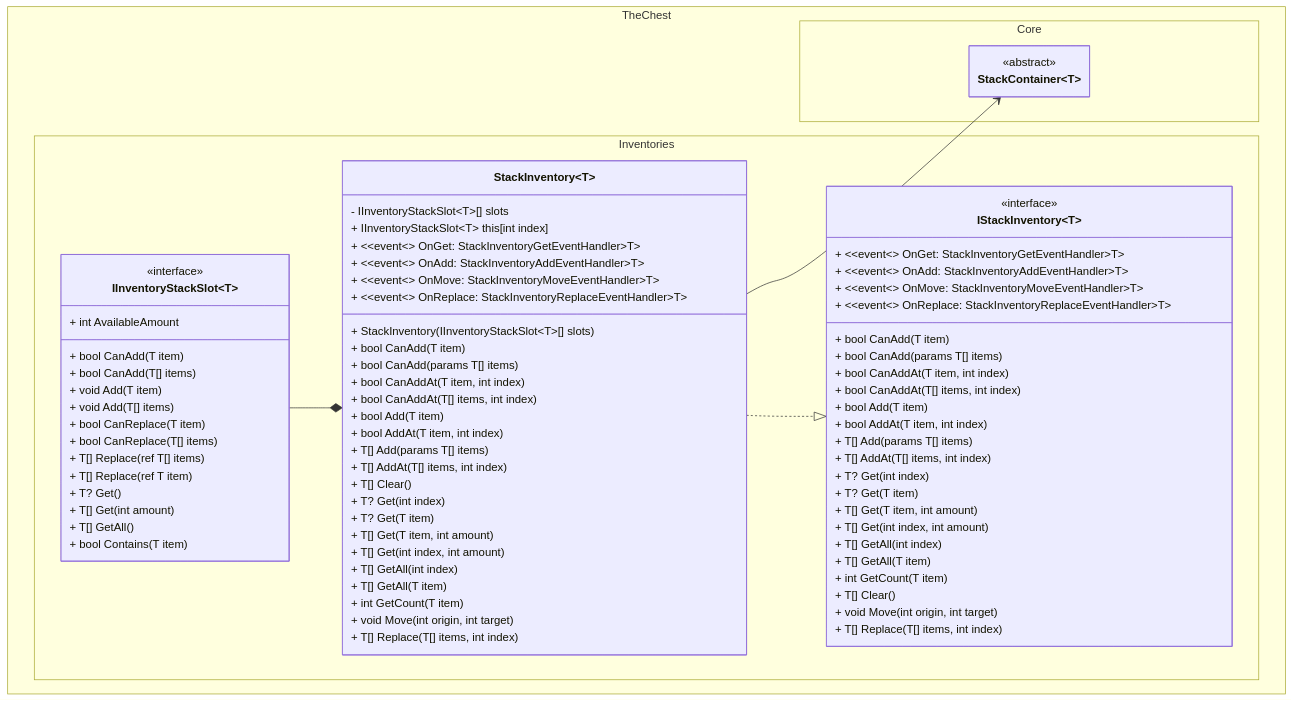
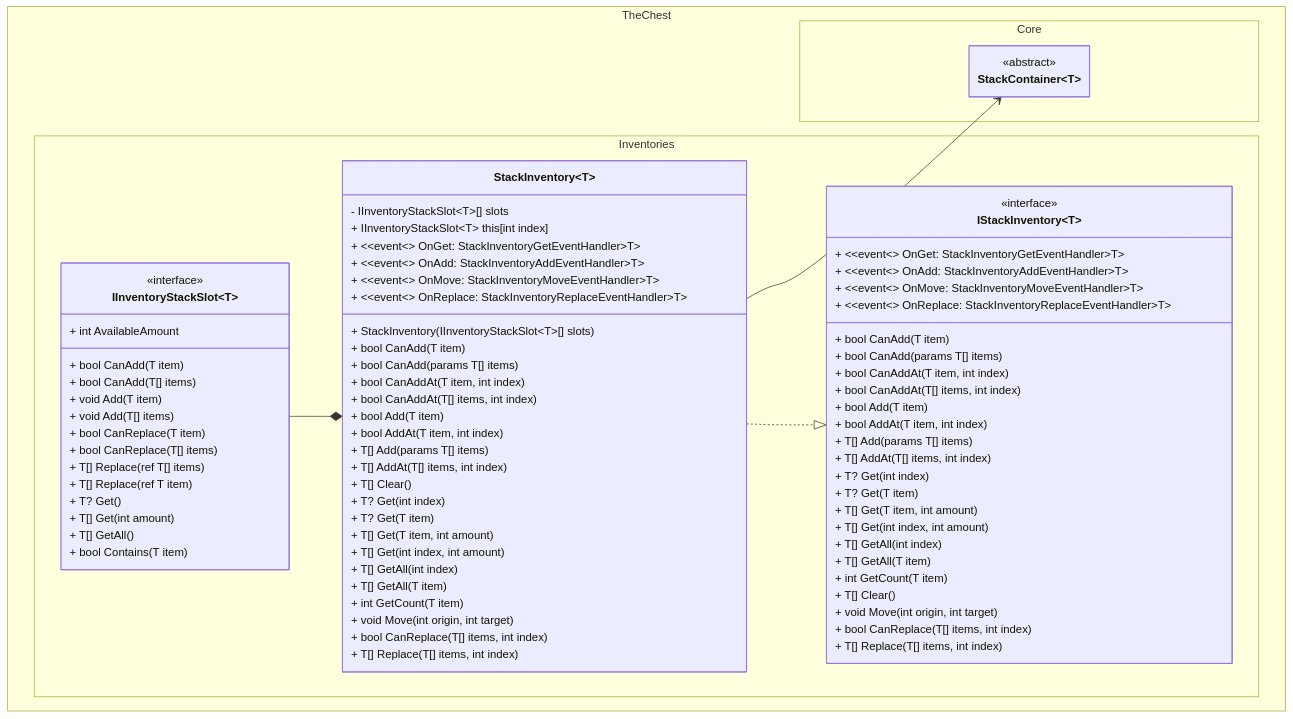
Before and after one commit to The-Chest/TheChest.Inventories: the first of 2 diagrams in docs/stack_inventory/class_diagram.md, drawn with Mermaid. The commit also changed other lines of this file and 8 other files, not shown here.

First line of the commit message:
Adds Stackinventory.CanReplace (#184)

```diff
--- a/docs/stack_inventory/class_diagram.md
+++ b/docs/stack_inventory/class_diagram.md
@@ -50,21 +50,26 @@
 
             + void Move(int origin, int target)
 
+            + bool CanReplace(T[] items, int index)
             + T[] Replace(T[] items, int index)
         }    
         class IInventoryStackSlot~T~ {
             + int AvailableAmount 
+
             + bool CanAdd(T item)
             + bool CanAdd(T[] items)
             + void Add(T item)
             + void Add(T[] items)
+
             + bool CanReplace(T item)
             + bool CanReplace(T[] items)
             + T[] Replace(ref T[] items)
             + T[] Replace(ref T item)
+
             + T? Get()
             + T[] Get(int amount)
             + T[] GetAll()
+
             + bool Contains(T item)
         }
         class IStackInventory~T~ {
@@ -96,6 +101,7 @@
 
             + void Move(int origin, int target)
 
+            + bool CanReplace(T[] items, int index)
             + T[] Replace(T[] items, int index)
         }
     }
```
